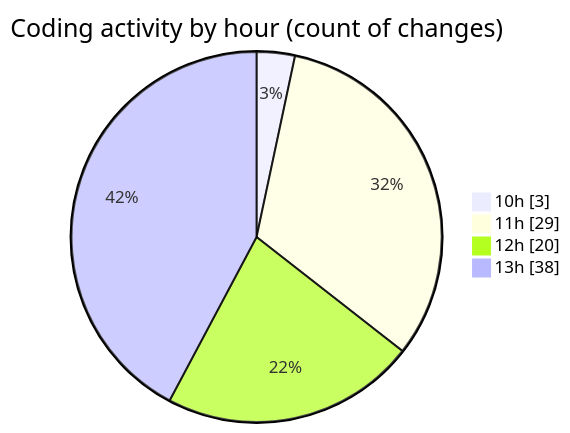
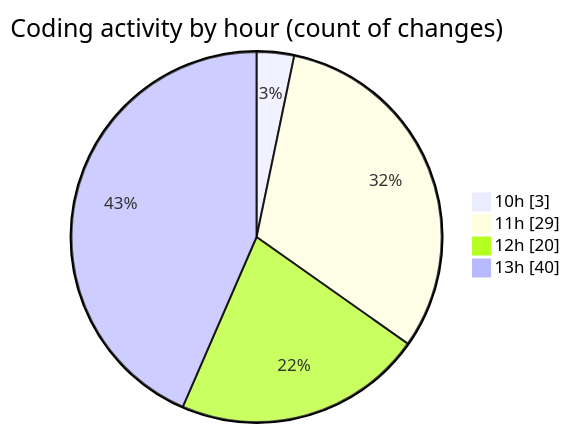
The second of 2 diagrams in 2025-08-14/ribbon/README.md (EIIisD/code-tracking), drawn with Mermaid before and after one commit. The commit also changed other lines of this file and 1 other file, not shown here.

````diff
--- a/2025-08-14/ribbon/README.md
+++ b/2025-08-14/ribbon/README.md
@@ -40,8 +40,8 @@
 ```mermaid
 pie showData
 title Coding activity by hour (count of changes)
 "10h" : 3
 "11h" : 29
 "12h" : 20
-"13h" : 38
+"13h" : 40
 ```
````
